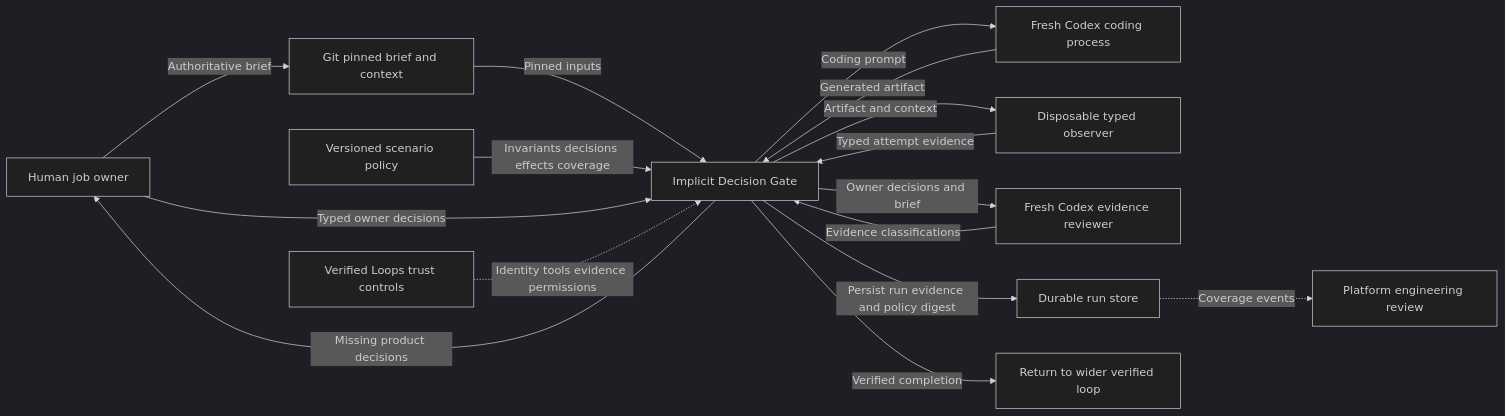
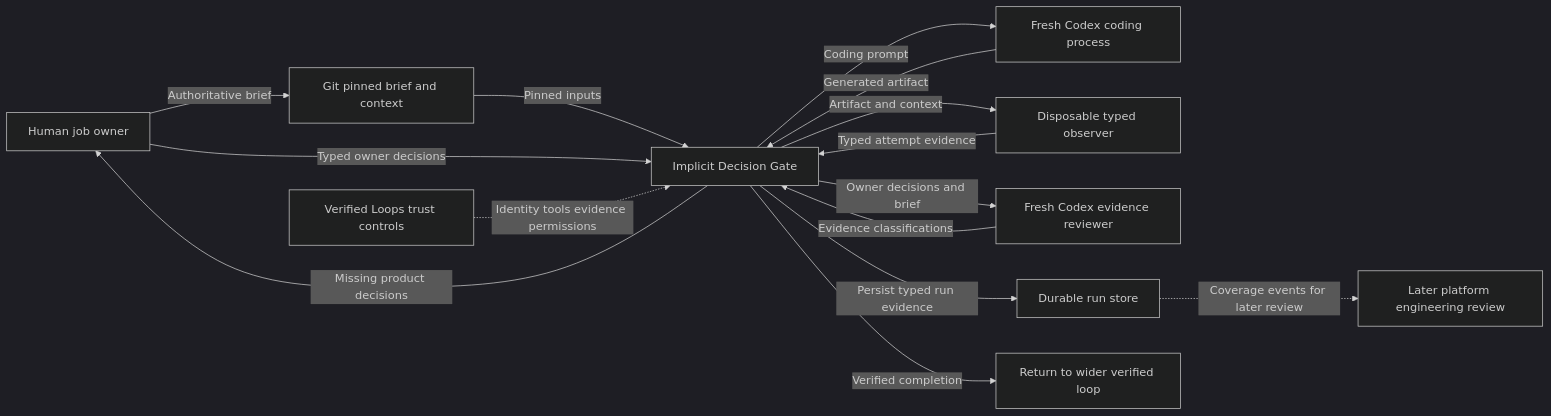
The diagram in notebooks/assets/diagrams/system_context.mmd (genesobolev/implicit-decision-gate), drawn with Mermaid (dark theme) before and after one commit. The commit also changed 18 other files, not shown here.

```diff
--- a/notebooks/assets/diagrams/system_context.mmd
+++ b/notebooks/assets/diagrams/system_context.mmd
@@ -1,28 +1,26 @@
 flowchart LR
     owner[Human job owner]
     git[Git pinned brief and context]
-    policy[Versioned scenario policy]
     orchestrator[Implicit Decision Gate]
     coder[Fresh Codex coding process]
     observer[Disposable typed observer]
     reviewer[Fresh Codex evidence reviewer]
     store[Durable run store]
-    platform[Platform engineering review]
+    platform[Later platform engineering review]
     verified[Return to wider verified loop]
     trust[Verified Loops trust controls]
 
     owner -->|Authoritative brief| git
     git -->|Pinned inputs| orchestrator
-    policy -->|Invariants decisions effects coverage| orchestrator
     orchestrator -->|Coding prompt| coder
     coder -->|Generated artifact| orchestrator
     orchestrator -->|Artifact and context| observer
     observer -->|Typed attempt evidence| orchestrator
     orchestrator -->|Owner decisions and brief| reviewer
     reviewer -->|Evidence classifications| orchestrator
     orchestrator -->|Missing product decisions| owner
     owner -->|Typed owner decisions| orchestrator
-    orchestrator -->|Persist run evidence and policy digest| store
-    store -.->|Coverage events| platform
+    orchestrator -->|Persist typed run evidence| store
+    store -.->|Coverage events for later review| platform
     orchestrator -->|Verified completion| verified
     trust -.->|Identity tools evidence permissions| orchestrator
```
